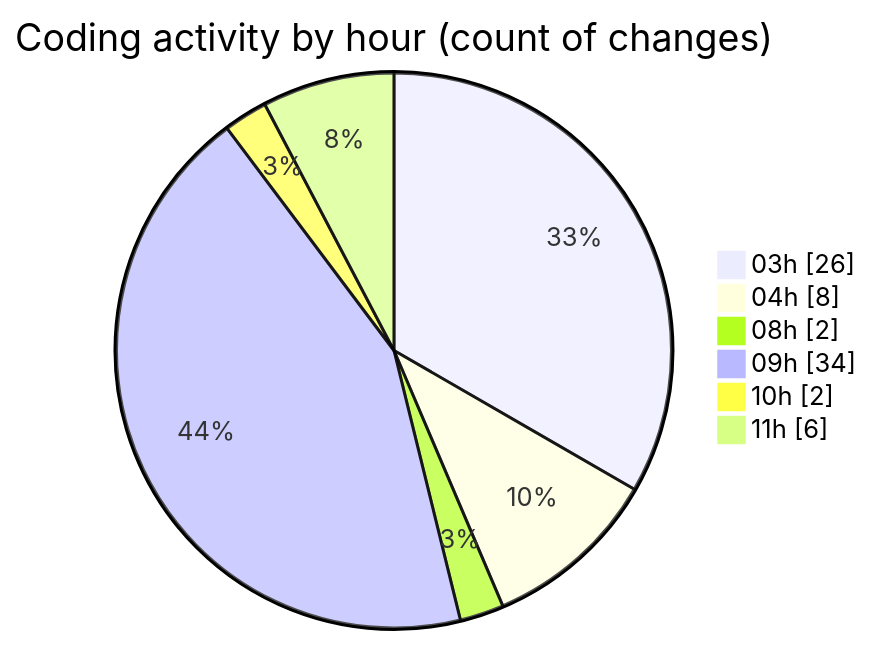
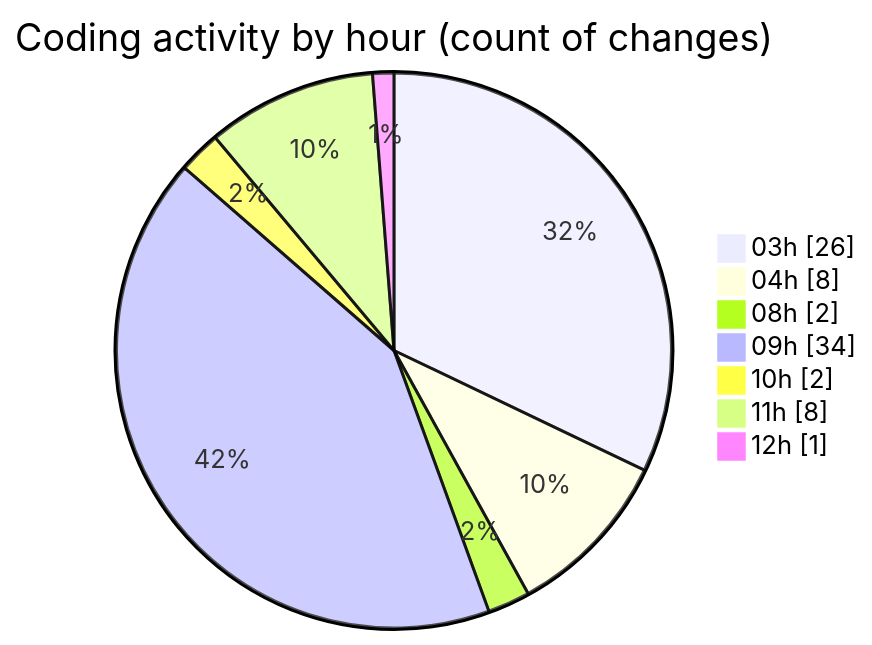
Before and after one commit to JenPaints/code-tracking: the second of 2 diagrams in 2025-06-20/modeljsondesigner/README.md, drawn with Mermaid. The commit also changed other lines of this file and 1 other file, not shown here.

````diff
--- a/2025-06-20/modeljsondesigner/README.md
+++ b/2025-06-20/modeljsondesigner/README.md
@@ -49,10 +50,11 @@
 ```mermaid
 pie showData
 title Coding activity by hour (count of changes)
 "03h" : 26
 "04h" : 8
 "08h" : 2
 "09h" : 34
 "10h" : 2
-"11h" : 6
+"11h" : 8
+"12h" : 1
 ```
````
